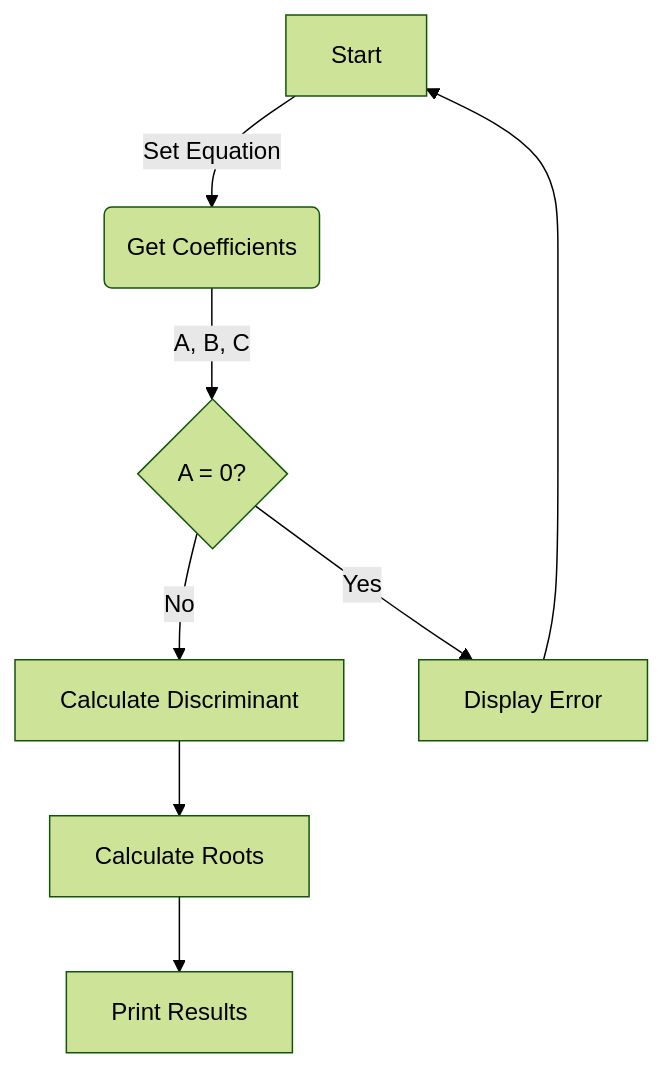
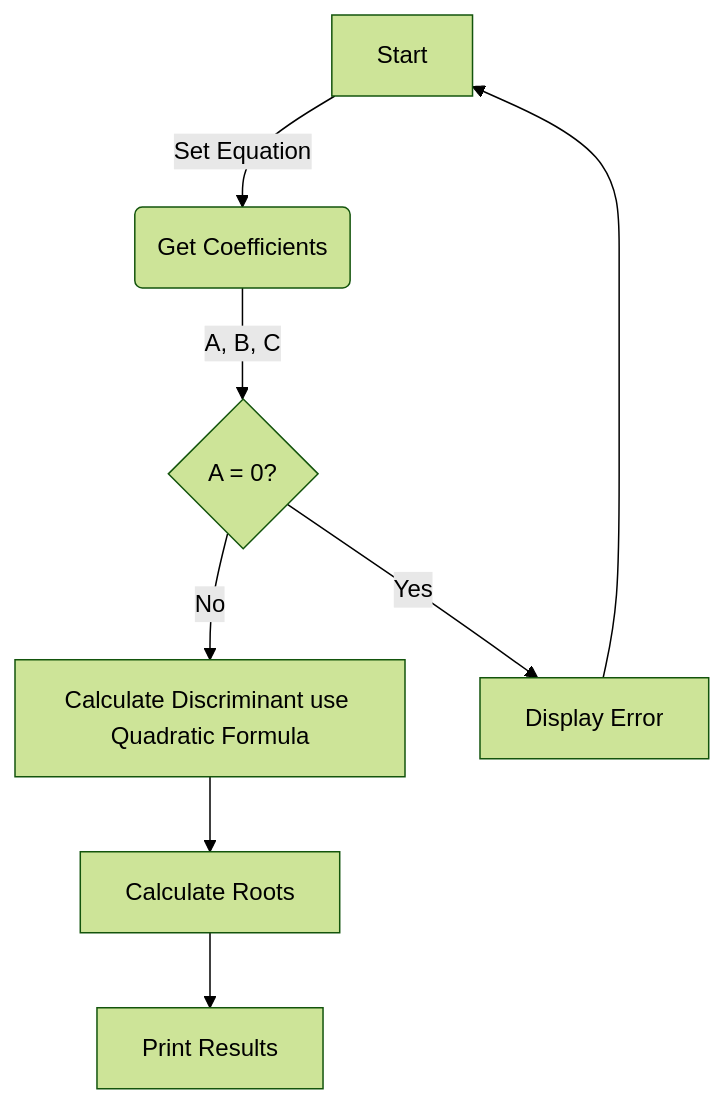
Before and after one commit to Grumpy-Mephisto/KMITL: the diagram in Analysis and Design of Algorithms/01-lab/flowchart.md, drawn with Mermaid (forest theme). The commit also changed 2 other files, not shown here.

Commit message:
📝 docs(algo): add output and update flowchart

````diff
--- a/Analysis and Design of Algorithms/01-lab/flowchart.md
+++ b/Analysis and Design of Algorithms/01-lab/flowchart.md
@@ -1,10 +1,10 @@
 ```mermaid
 graph TD
   A[Start] -->|Set Equation| B(Get Coefficients)
   B -->|A, B, C| C{A = 0?}
-  C -- No --> D[Calculate Discriminant]
+  C -- No --> D[Calculate Discriminant use Quadratic Formula]
   D --> E[Calculate Roots]
   E --> F[Print Results]
   C -- Yes --> G[Display Error]
   G --> A
 ```
````
